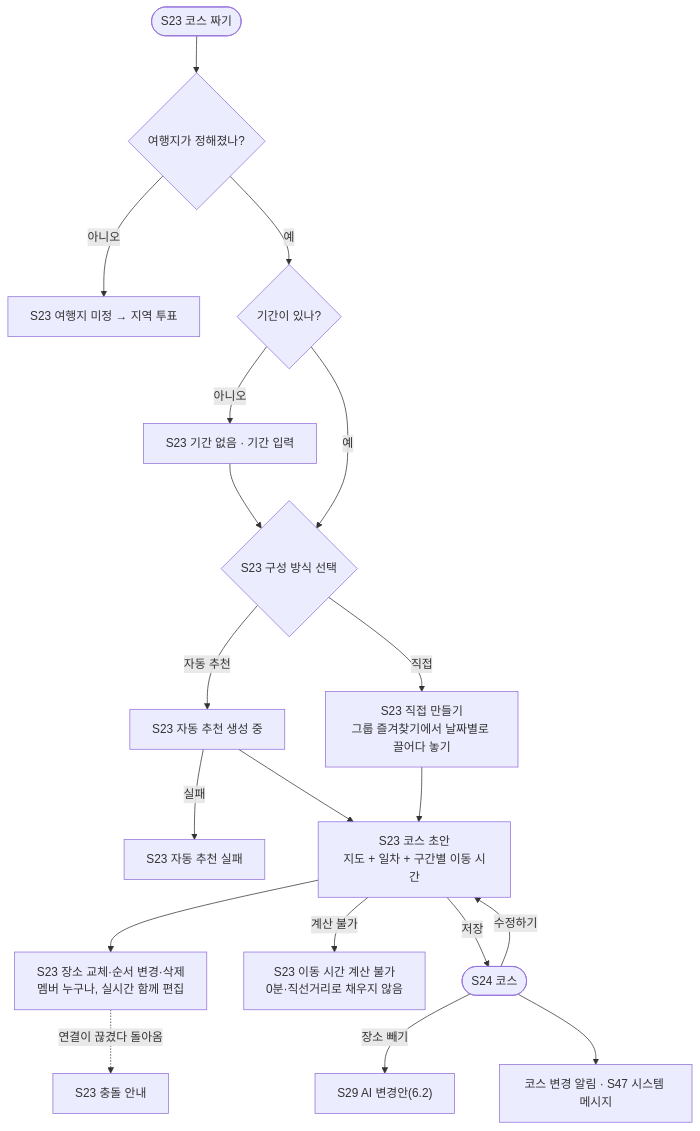
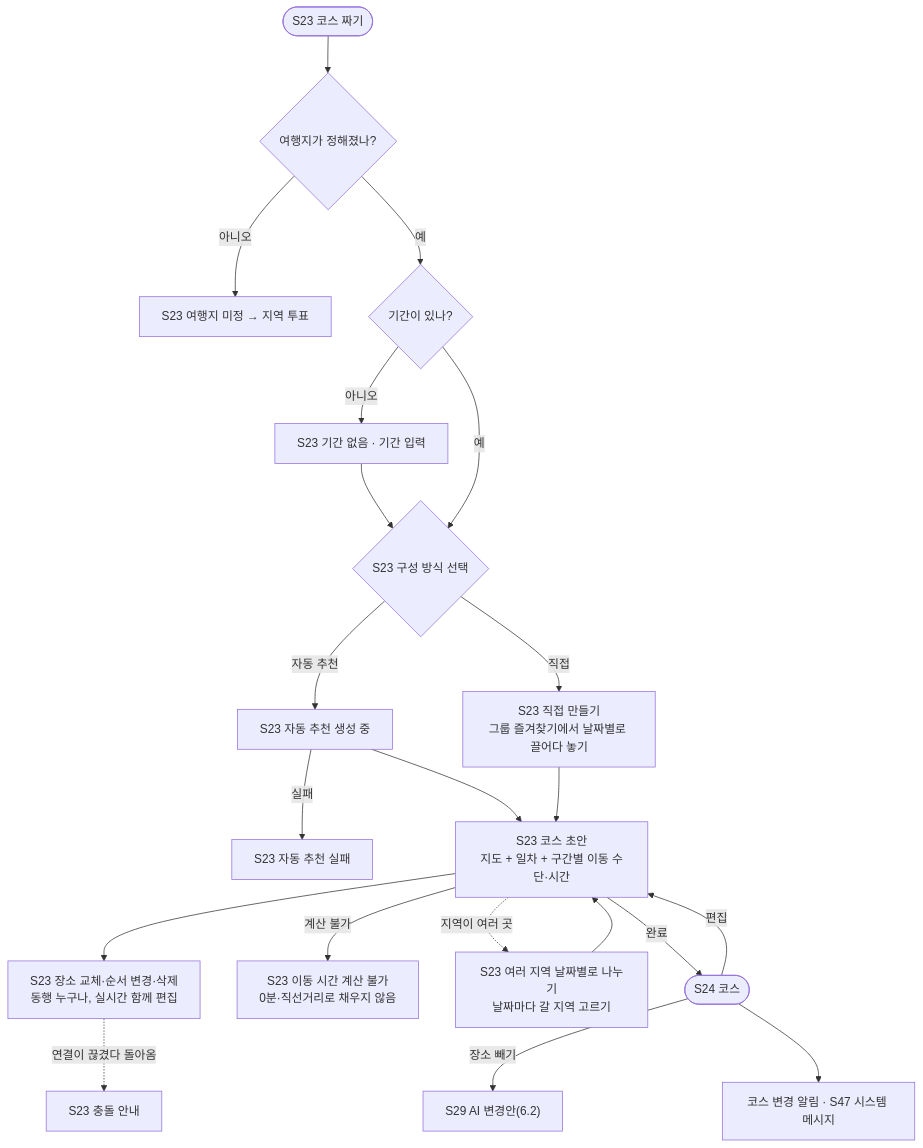
One commit to a204-eodilog/eodilog changed diagram 14 of 24 in docs/flow/user-flow.md. Above: the diagram before and after it, drawn with Mermaid. The commit also changed other lines of this file and 1 other file, not shown here.

````diff
--- a/docs/flow/user-flow.md
+++ b/docs/flow/user-flow.md
@@ -334,20 +343,21 @@
 ```mermaid
 flowchart TD
     C(["S23 코스 짜기"]) --> P1{"여행지가 정해졌나?"}
     P1 -- "아니오" --> NOD["S23 여행지 미정 → 지역 투표"]
     P1 -- "예" --> P2{"기간이 있나?"}
     P2 -- "아니오" --> DT["S23 기간 없음 · 기간 입력"] --> HW
     P2 -- "예" --> HW{"S23 구성 방식 선택"}
     HW -- "자동 추천" --> AU["S23 자동 추천 생성 중"]
     AU -- "실패" --> AF["S23 자동 추천 실패"]
     HW -- "직접" --> MN["S23 직접 만들기<br/>그룹 즐겨찾기에서 날짜별로 끌어다 놓기"]
-    AU --> DR["S23 코스 초안<br/>지도 + 일차 + 구간별 이동 시간"]
+    AU --> DR["S23 코스 초안<br/>지도 + 일차 + 구간별 이동 수단·시간"]
     MN --> DR
-    DR --> ED["S23 장소 교체·순서 변경·삭제<br/>멤버 누구나, 실시간 함께 편집"]
+    DR --> ED["S23 장소 교체·순서 변경·삭제<br/>동행 누구나, 실시간 함께 편집"]
     DR -- "계산 불가" --> NA["S23 이동 시간 계산 불가<br/>0분·직선거리로 채우지 않음"]
     ED -. "연결이 끊겼다 돌아옴" .-> CF["S23 충돌 안내"]
-    DR -- "저장" --> S24(["S24 코스"])
-    S24 -- "수정하기" --> DR
+    DR -. "지역이 여러 곳" .-> SPL["S23 여러 지역 날짜별로 나누기<br/>날짜마다 갈 지역 고르기"] --> DR
+    DR -- "완료" --> S24(["S24 코스"])
+    S24 -- "편집" --> DR
     S24 -- "장소 빼기" --> S29["S29 AI 변경안(6.2)"]
     S24 --> NTC["코스 변경 알림 · S47 시스템 메시지"]
 ```
````
